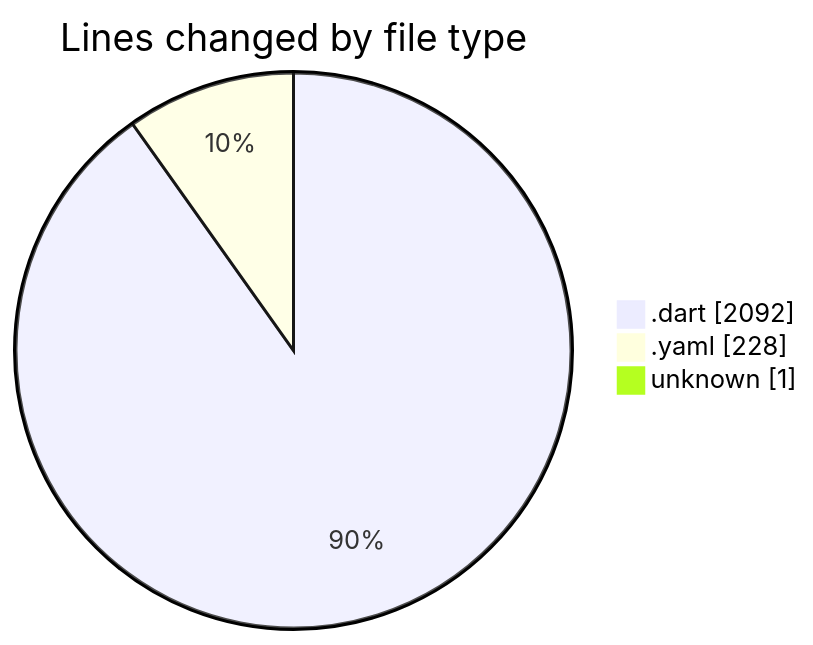
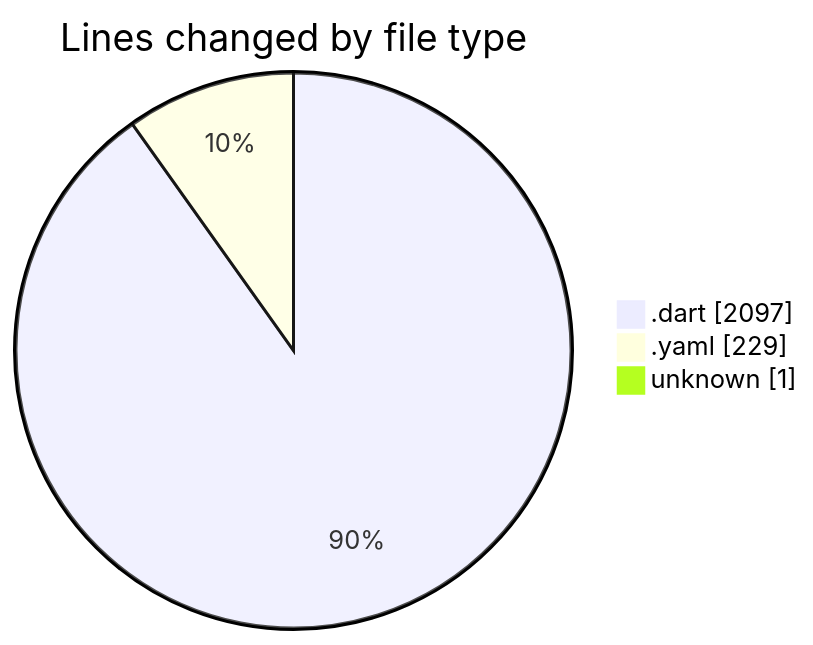
The first of 2 diagrams in 2025-03-08/uber_clone/README.md (donsfak/code-tracking), drawn with Mermaid before and after one commit. The commit also changed other lines of this file and 1 other file, not shown here.

````diff
--- a/2025-03-08/uber_clone/README.md
+++ b/2025-03-08/uber_clone/README.md
@@ -24,7 +24,7 @@
 ```mermaid
 pie showData
 title Lines changed by file type
-".dart" : 2092
-".yaml" : 228
+".dart" : 2097
+".yaml" : 229
 "unknown" : 1
 ```
````
